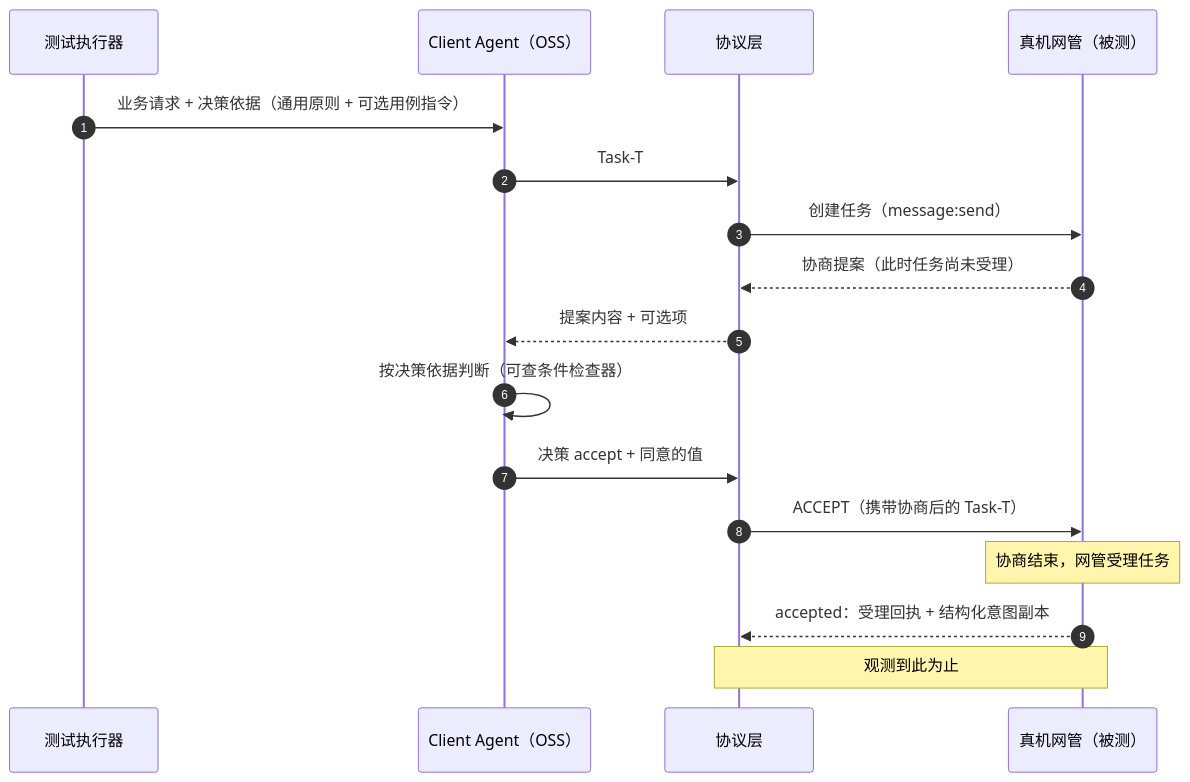
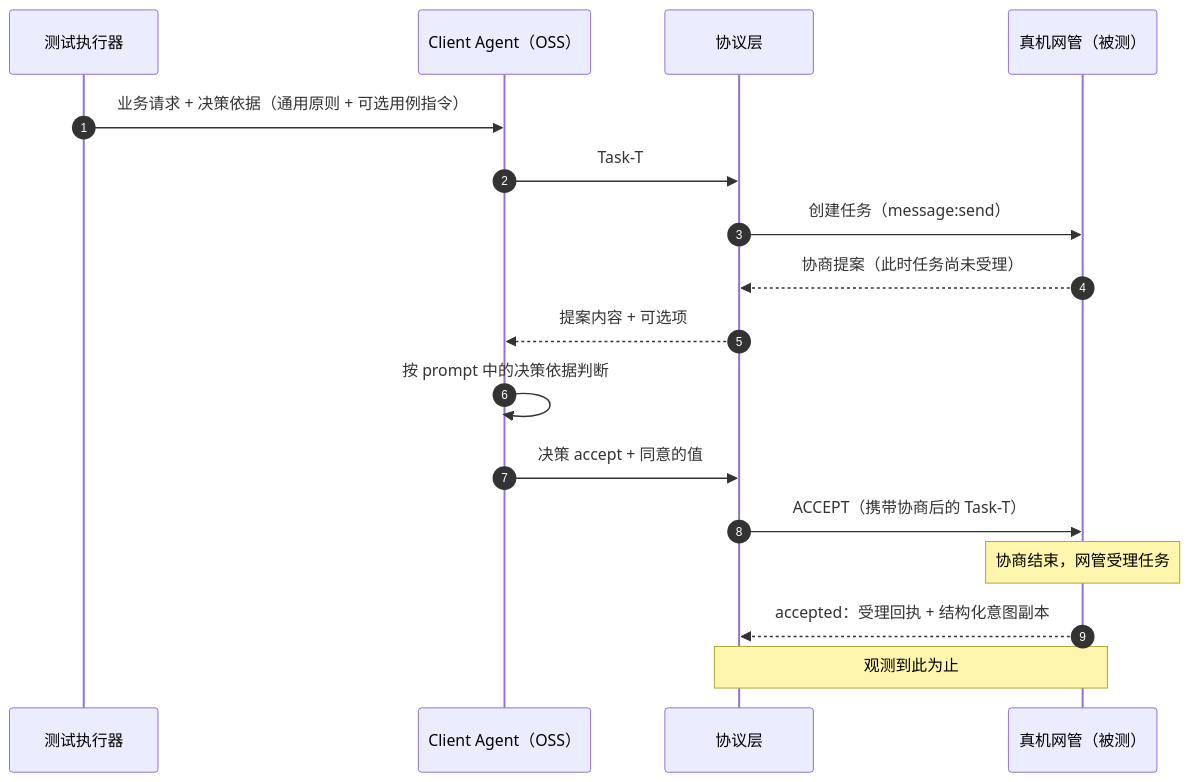
The third of 12 diagrams in a2a-t-sample/ran-energy-saving/TESTER-ARCHITECTURE.md (project-openan/a2a-t-sdk-python), drawn with Mermaid before and after one commit. The commit also changed other lines of this file and 9 other files, not shown here.

````diff
--- a/a2a-t-sample/ran-energy-saving/TESTER-ARCHITECTURE.md
+++ b/a2a-t-sample/ran-energy-saving/TESTER-ARCHITECTURE.md
@@ -108,20 +107,20 @@
 ```mermaid
 sequenceDiagram
   autonumber
   participant T as 测试执行器
   participant O as Client Agent（OSS）
   participant P as 协议层
   participant N as 真机网管（被测）
 
   T->>O: 业务请求 + 决策依据（通用原则 + 可选用例指令）
   O->>P: Task-T
   P->>N: 创建任务（message:send）
   N-->>P: 协商提案（此时任务尚未受理）
   P-->>O: 提案内容 + 可选项
-  O->>O: 按决策依据判断（可查条件检查器）
+  O->>O: 按 prompt 中的决策依据判断
   O->>P: 决策 accept + 同意的值
   P->>N: ACCEPT（携带协商后的 Task-T）
   Note over N: 协商结束，网管受理任务
   N-->>P: accepted：受理回执 + 结构化意图副本
   Note over P,N: 观测到此为止
 ```
````
